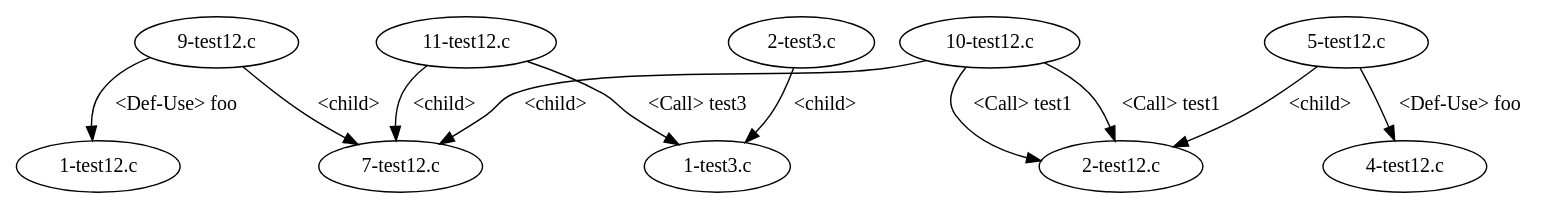
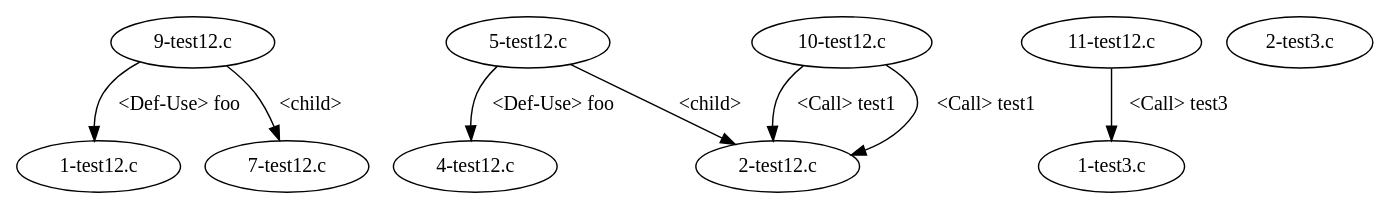
The diagram in testcpp/dependencyGraph/EmailSystem/test_17/graph.gv (shuiblue/JDimeForCpp), drawn with Graphviz before and after one commit. The commit also changed 11 other files, not shown here.

Commit message:
modify return type for several function ,used for control flow analysis

```diff
--- a/testcpp/dependencyGraph/EmailSystem/test_17/graph.gv
+++ b/testcpp/dependencyGraph/EmailSystem/test_17/graph.gv
@@ -1,22 +1,19 @@
 digraph {
 1 [label = "1-test12.c"];
 2 [label = "2-test12.c"];
 3 [label = "4-test12.c"];
 4 [label = "5-test12.c"];
 4 -> 3[label="<Def-Use> foo"];
 4 -> 2[label="<child>"];
 5 [label = "7-test12.c"];
 6 [label = "9-test12.c"];
 6 -> 1[label="<Def-Use> foo"];
 6 -> 5[label="<child>"];
 7 [label = "10-test12.c"];
 7 -> 2[label="<Call> test1"];
-7 -> 5[label="<child>"];
 8 [label = "11-test12.c"];
-8 -> 5[label="<child>"];
 9 [label = "1-test3.c"];
 10 [label = "2-test3.c"];
-10 -> 9[label="<child>"];
 7 -> 2[label="<Call> test1"];
 8 -> 9[label="<Call> test3"];
 }
```
